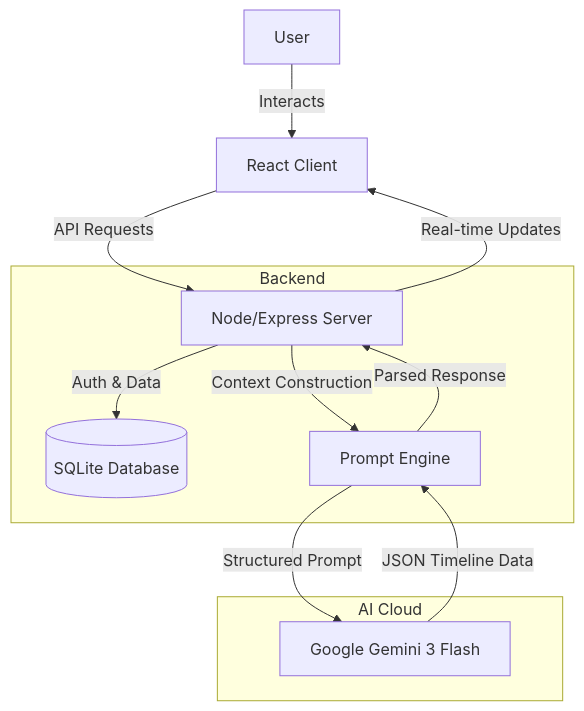
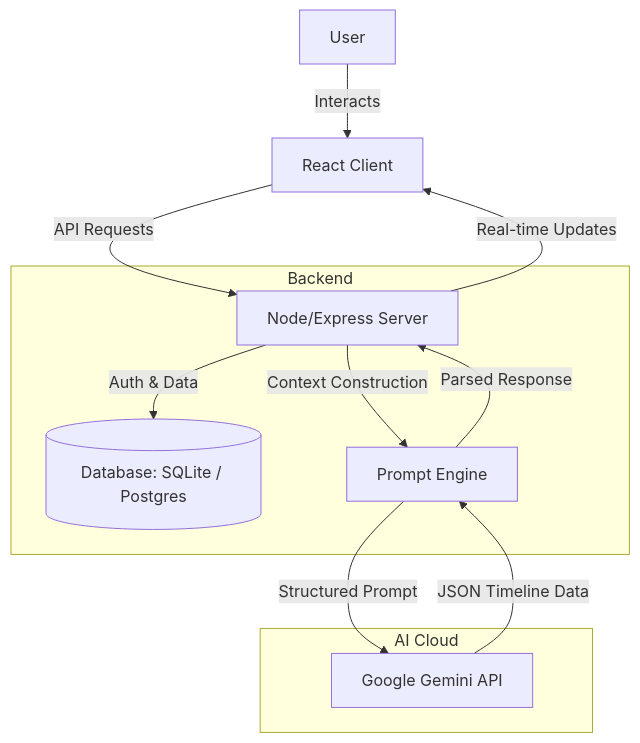
Before and after one commit to Prateeek69/whatIF: the diagram in README.md, drawn with Mermaid. The commit also changed other lines of this file, not shown here.

````diff
--- a/README.md
+++ b/README.md
@@ -57,18 +92,18 @@
 ```mermaid
 graph TD
     User[User] -->|Interacts| Client[React Client]
     Client -->|API Requests| Server[Node/Express Server]
     
     subgraph Backend
-    Server -->|Auth & Data| DB[(SQLite Database)]
+    Server -->|Auth & Data| DB[(Database: SQLite / Postgres)]
     Server -->|Context Construction| PromptEngine[Prompt Engine]
     end
     
     subgraph AI Cloud
-    PromptEngine -->|Structured Prompt| Gemini[Google Gemini 3 Flash]
+    PromptEngine -->|Structured Prompt| Gemini[Google Gemini API]
     Gemini -->|JSON Timeline Data| PromptEngine
     end
     
     PromptEngine -->|Parsed Response| Server
     Server -->|Real-time Updates| Client
 ```
````
